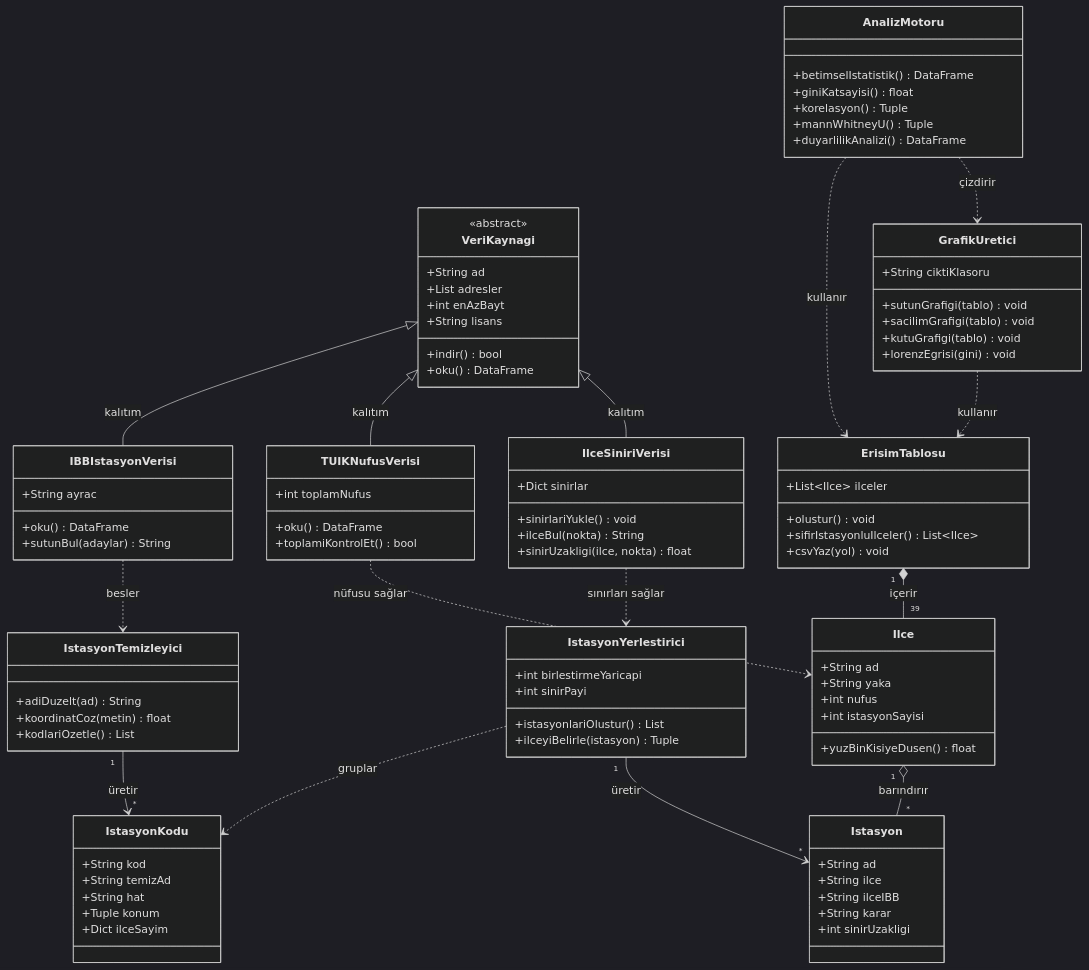
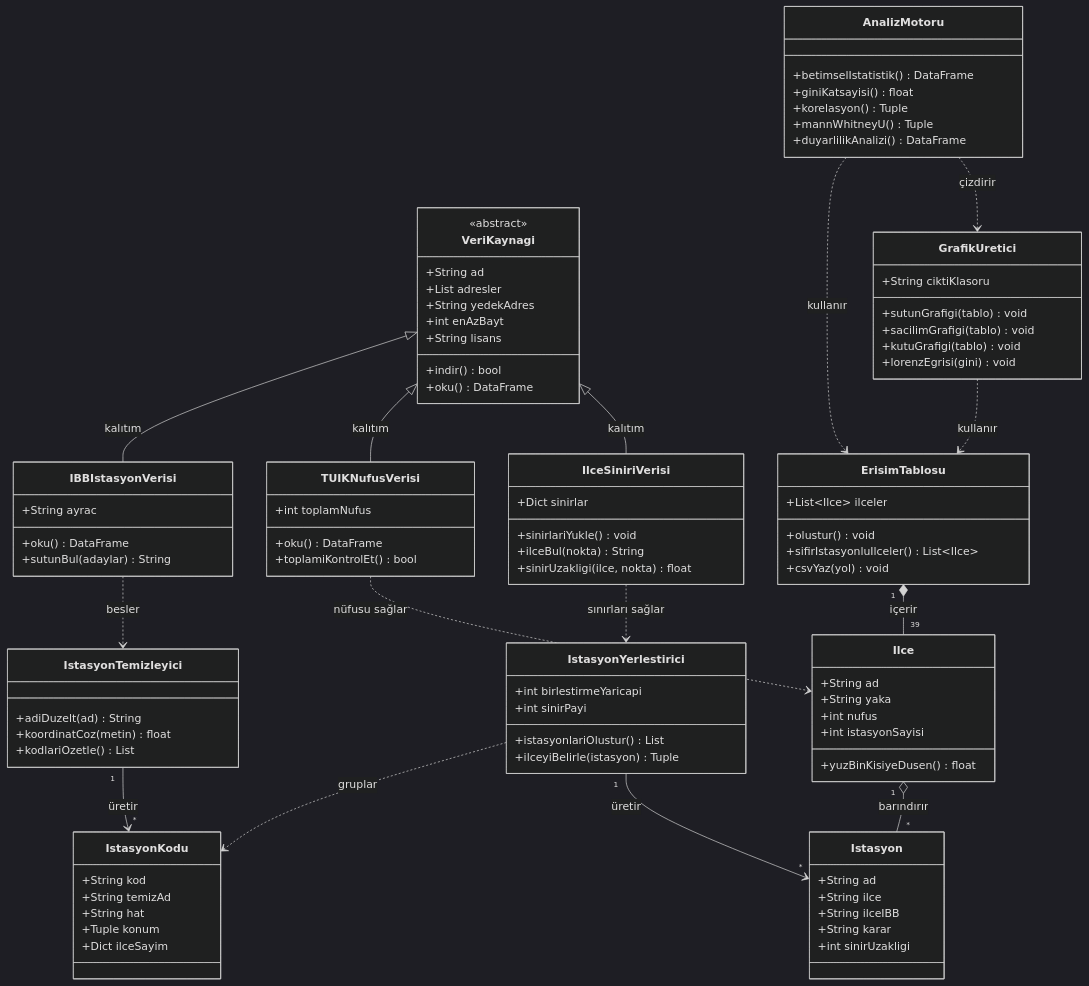
The diagram in uml/3_class.mmd (yunusyegen/istanbul-rayli-sistem-erisim), drawn with Mermaid (dark theme) before and after one commit. The commit also changed 6 other files, not shown here.

Commit message:
README, veri/README ve UML: yedek özet tablo, Colab'da İBB bağlantı sorunu belgelendi (#16)

```diff
--- a/uml/3_class.mmd
+++ b/uml/3_class.mmd
@@ -1,106 +1,107 @@
 %% Class Diyagramı
 %% Not defterindeki fonksiyonların sınıflara taşındığı tasarım önerisi
 classDiagram
     class VeriKaynagi {
         <<abstract>>
         +String ad
         +List adresler
+        +String yedekAdres
         +int enAzBayt
         +String lisans
         +indir() bool
         +oku() DataFrame
     }
 
     class IBBIstasyonVerisi {
         +String ayrac
         +oku() DataFrame
         +sutunBul(adaylar) String
     }
 
     class TUIKNufusVerisi {
         +int toplamNufus
         +oku() DataFrame
         +toplamiKontrolEt() bool
     }
 
     class IlceSiniriVerisi {
         +Dict sinirlar
         +sinirlariYukle() void
         +ilceBul(nokta) String
         +sinirUzakligi(ilce, nokta) float
     }
 
     class IstasyonKodu {
         +String kod
         +String temizAd
         +String hat
         +Tuple konum
         +Dict ilceSayim
     }
 
     class IstasyonTemizleyici {
         +adiDuzelt(ad) String
         +koordinatCoz(metin) float
         +kodlariOzetle() List
     }
 
     class IstasyonYerlestirici {
         +int birlestirmeYaricapi
         +int sinirPayi
         +istasyonlariOlustur() List
         +ilceyiBelirle(istasyon) Tuple
     }
 
     class Istasyon {
         +String ad
         +String ilce
         +String ilceIBB
         +String karar
         +int sinirUzakligi
     }
 
     class Ilce {
         +String ad
         +String yaka
         +int nufus
         +int istasyonSayisi
         +yuzBinKisiyeDusen() float
     }
 
     class ErisimTablosu {
         +List~Ilce~ ilceler
         +olustur() void
         +sifirIstasyonluIlceler() List~Ilce~
         +csvYaz(yol) void
     }
 
     class AnalizMotoru {
         +betimselIstatistik() DataFrame
         +giniKatsayisi() float
         +korelasyon() Tuple
         +mannWhitneyU() Tuple
         +duyarlilikAnalizi() DataFrame
     }
 
     class GrafikUretici {
         +String ciktiKlasoru
         +sutunGrafigi(tablo) void
         +sacilimGrafigi(tablo) void
         +kutuGrafigi(tablo) void
         +lorenzEgrisi(gini) void
     }
 
     VeriKaynagi <|-- IBBIstasyonVerisi : kalıtım
     VeriKaynagi <|-- TUIKNufusVerisi : kalıtım
     VeriKaynagi <|-- IlceSiniriVerisi : kalıtım
     IBBIstasyonVerisi ..> IstasyonTemizleyici : besler
     IstasyonTemizleyici "1" --> "*" IstasyonKodu : üretir
     IstasyonYerlestirici ..> IstasyonKodu : gruplar
     IlceSiniriVerisi ..> IstasyonYerlestirici : sınırları sağlar
     IstasyonYerlestirici "1" --> "*" Istasyon : üretir
     Ilce "1" o-- "*" Istasyon : barındırır
     TUIKNufusVerisi ..> Ilce : nüfusu sağlar
     ErisimTablosu "1" *-- "39" Ilce : içerir
     AnalizMotoru ..> ErisimTablosu : kullanır
     GrafikUretici ..> ErisimTablosu : kullanır
     AnalizMotoru ..> GrafikUretici : çizdirir
```
